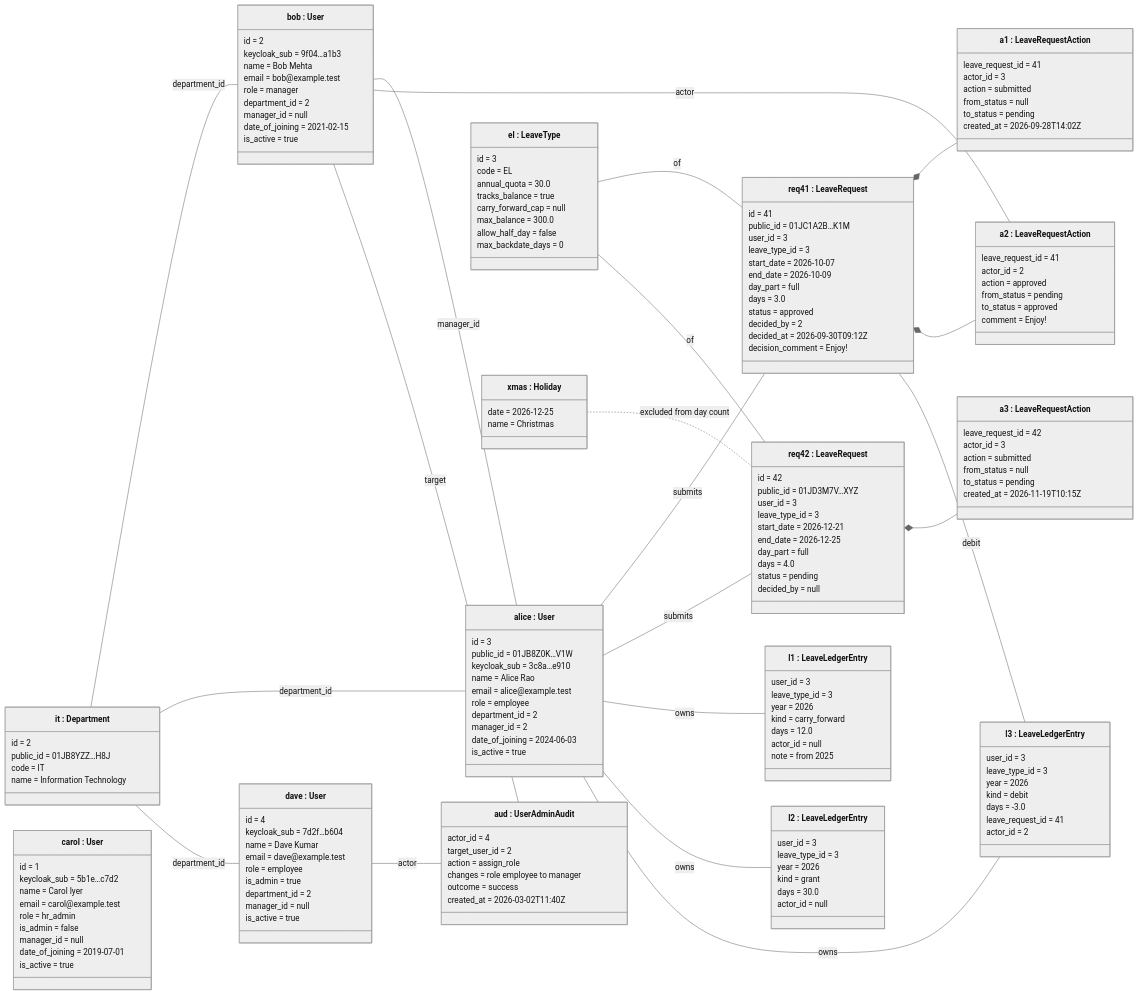
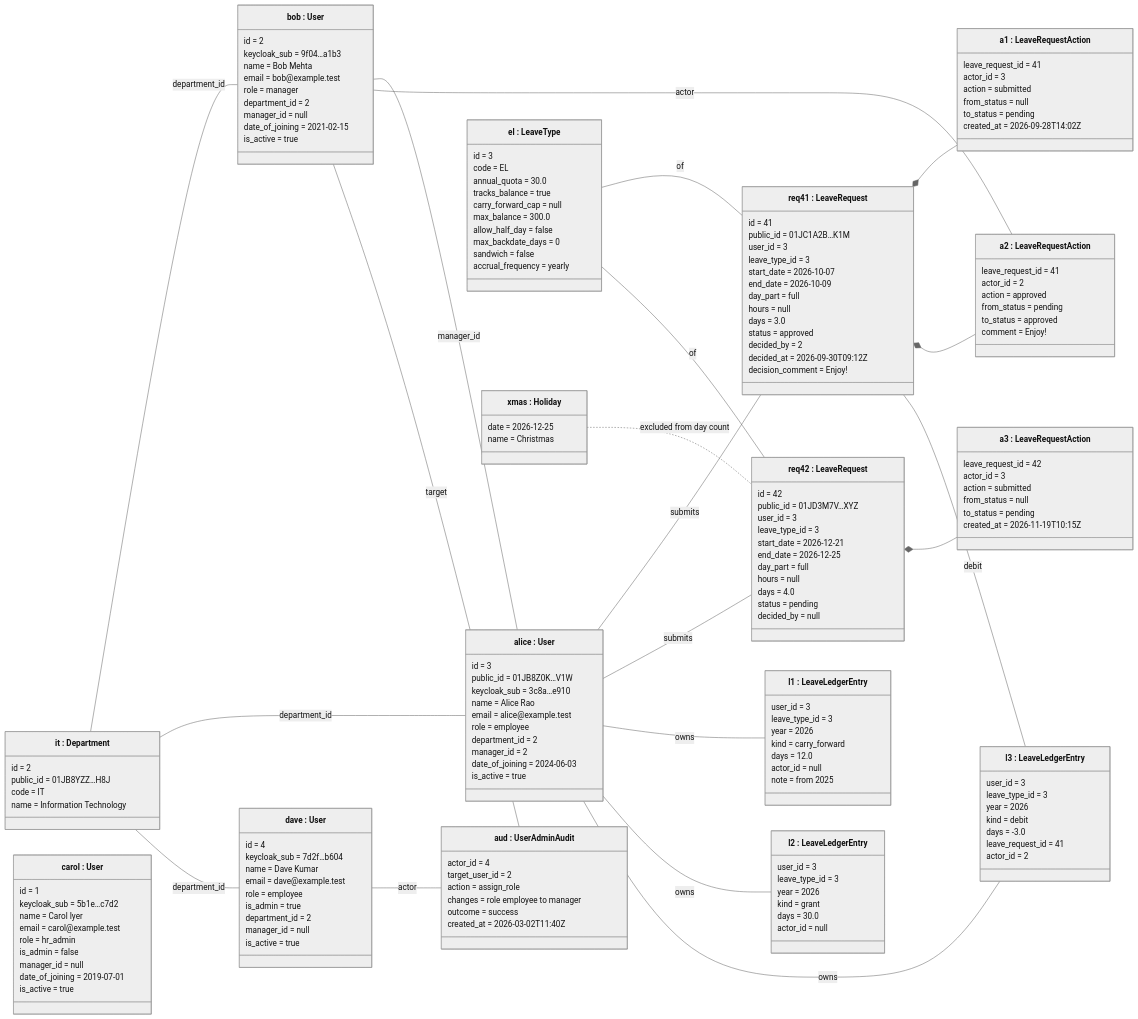
The diagram in docs/diagrams/04-object-diagram.md (heyadityak/lms), drawn with Mermaid (neutral theme) before and after one commit. The commit also changed 166 other files, not shown here.

```diff
--- a/docs/diagrams/04-object-diagram.md
+++ b/docs/diagrams/04-object-diagram.md
@@ -82,6 +82,8 @@
         max_balance = 300.0
         allow_half_day = false
         max_backdate_days = 0
+        sandwich = false
+        accrual_frequency = yearly
     }
     class xmas["xmas : Holiday"] {
         date = 2026-12-25
@@ -95,6 +97,7 @@
         start_date = 2026-10-07
         end_date = 2026-10-09
         day_part = full
+        hours = null
         days = 3.0
         status = approved
         decided_by = 2
@@ -109,6 +112,7 @@
         start_date = 2026-12-21
         end_date = 2026-12-25
         day_part = full
+        hours = null
         days = 4.0
         status = pending
         decided_by = null
```
